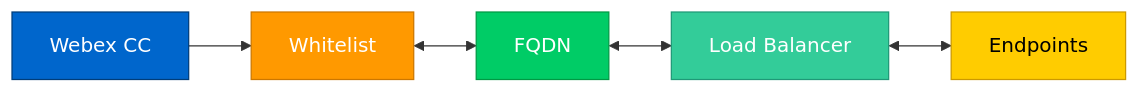
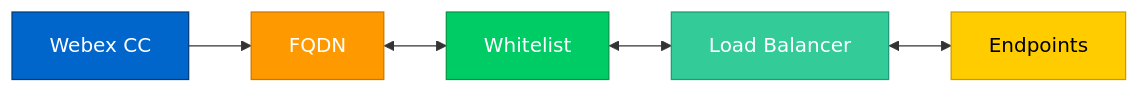
The second of 2 diagrams in com.cisco.webexcc.dbconnector/README.md (CiscoDevNet/webex-contact-center-dbconnector), drawn with Mermaid before and after one commit.

````diff
--- a/com.cisco.webexcc.dbconnector/README.md
+++ b/com.cisco.webexcc.dbconnector/README.md
@@ -21,13 +21,13 @@
 ```mermaid
 graph LR
-    A[Webex CC] --> B[Whitelist]
-    B <--> C[FQDN]
+    A[Webex CC] --> B[FQDN]
+    B <--> C[Whitelist]
     C <--> D[Load Balancer]
     D <--> E[Endpoints]
     
     style A fill:#0066cc,stroke:#003d7a,color:#fff
     style B fill:#ff9900,stroke:#cc7700,color:#fff
     style C fill:#00cc66,stroke:#009944,color:#fff
     style D fill:#33cc99,stroke:#1f9977,color:#fff
     style E fill:#ffcc00,stroke:#cc9900,color:#000
 ```
````
